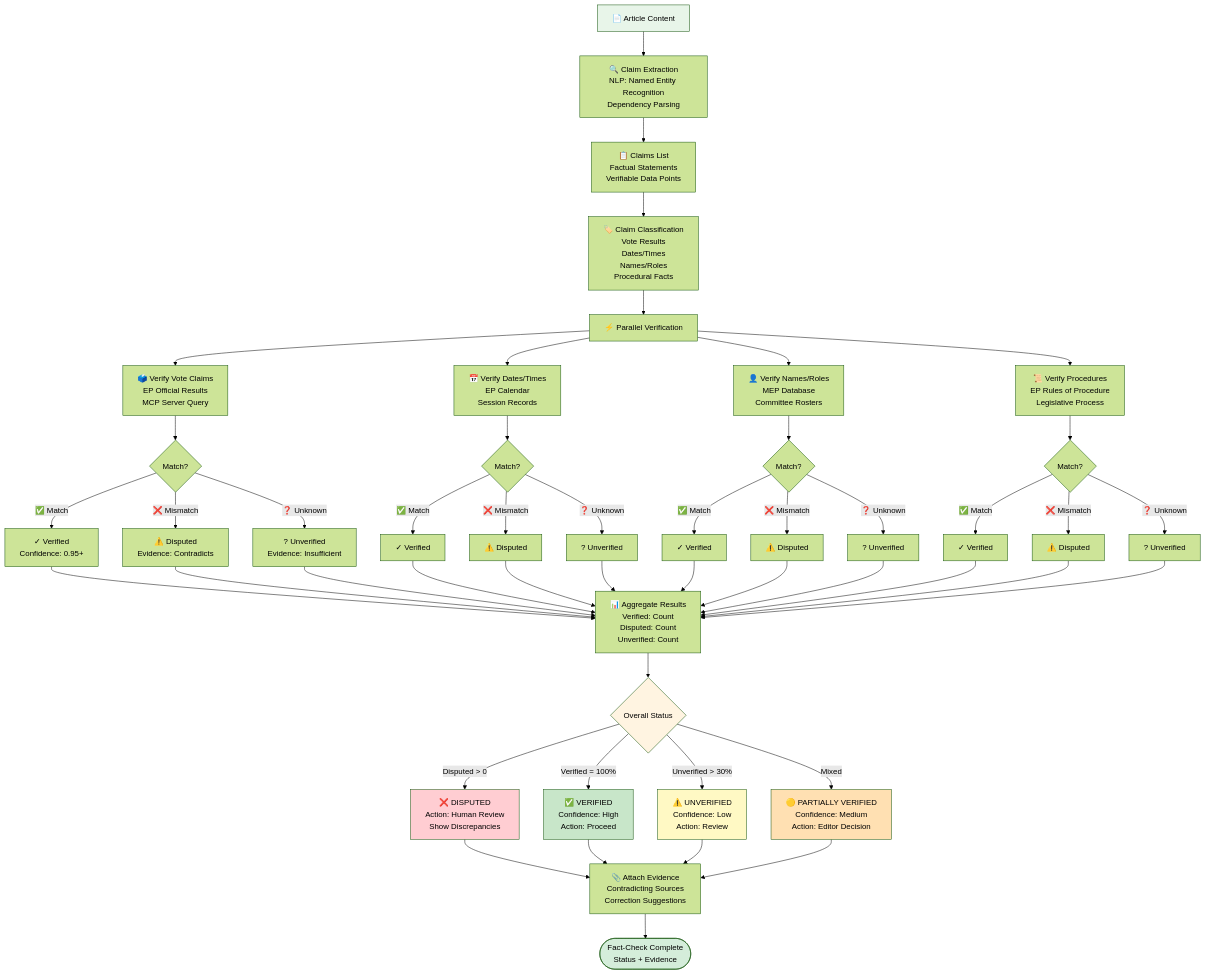
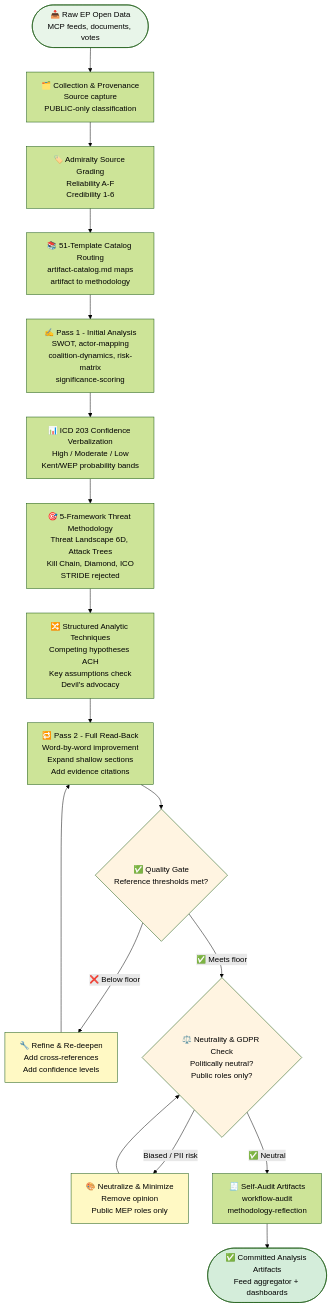
One commit to Hack23/euparliamentmonitor changed the third of 8 diagrams in FUTURE_FLOWCHART.md. Above: the diagram before and after it, drawn with Mermaid (forest theme). The commit also changed other lines of this file and 5 other files, not shown here.

Commit message:
docs: rewrite FUTURE architecture portfolio for v2.0/v3.0 all-in-AWS vision

````diff
--- a/FUTURE_FLOWCHART.md
+++ b/FUTURE_FLOWCHART.md
@@ -350,71 +249,39 @@
 ```mermaid
 flowchart TD
-    Article[📄 Article Content] --> ExtractClaims[🔍 Claim Extraction<br/>NLP: Named Entity Recognition<br/>Dependency Parsing]
+    Raw([📥 Raw EP Open Data<br/>MCP feeds, documents, votes]) --> Collect[🗂️ Collection & Provenance<br/>Source capture<br/>PUBLIC-only classification]
 
-    ExtractClaims --> ClaimsList[📋 Claims List<br/>Factual Statements<br/>Verifiable Data Points]
+    Collect --> Grade[🏷️ Admiralty Source Grading<br/>Reliability A-F<br/>Credibility 1-6]
 
-    ClaimsList --> ClassifyClaims[🏷️ Claim Classification<br/>Vote Results<br/>Dates/Times<br/>Names/Roles<br/>Procedural Facts]
+    Grade --> Template[📚 51-Template Catalog Routing<br/>artifact-catalog.md maps<br/>artifact to methodology]
 
-    ClassifyClaims --> ParallelVerify[⚡ Parallel Verification]
+    Template --> Pass1[✍️ Pass 1 - Initial Analysis<br/>SWOT, actor-mapping<br/>coalition-dynamics, risk-matrix<br/>significance-scoring]
 
-    ParallelVerify --> VerifyVotes[🗳️ Verify Vote Claims<br/>EP Official Results<br/>MCP Server Query]
-    ParallelVerify --> VerifyDates[📅 Verify Dates/Times<br/>EP Calendar<br/>Session Records]
-    ParallelVerify --> VerifyNames[👤 Verify Names/Roles<br/>MEP Database<br/>Committee Rosters]
-    ParallelVerify --> VerifyProcedure[📜 Verify Procedures<br/>EP Rules of Procedure<br/>Legislative Process]
+    Pass1 --> Confidence[📊 ICD 203 Confidence Verbalization<br/>High / Moderate / Low<br/>Kent/WEP probability bands]
 
-    VerifyVotes --> ResultVotes{Match?}
-    VerifyDates --> ResultDates{Match?}
-    VerifyNames --> ResultNames{Match?}
-    VerifyProcedure --> ResultProc{Match?}
+    Confidence --> Threat[🎯 5-Framework Threat Methodology<br/>Threat Landscape 6D, Attack Trees<br/>Kill Chain, Diamond, ICO<br/>STRIDE rejected]
 
-    ResultVotes -->|✅ Match| ConfidenceVotes[✓ Verified<br/>Confidence: 0.95+]
-    ResultVotes -->|❌ Mismatch| DisputedVotes[⚠️ Disputed<br/>Evidence: Contradicts]
-    ResultVotes -->|❓ Unknown| UnverifiedVotes[? Unverified<br/>Evidence: Insufficient]
+    Threat --> ACH[🔀 Structured Analytic Techniques<br/>Competing hypotheses ACH<br/>Key assumptions check<br/>Devil's advocacy]
 
-    ResultDates -->|✅ Match| ConfidenceDates[✓ Verified]
-    ResultDates -->|❌ Mismatch| DisputedDates[⚠️ Disputed]
-    ResultDates -->|❓ Unknown| UnverifiedDates[? Unverified]
+    ACH --> Pass2[🔁 Pass 2 - Full Read-Back<br/>Word-by-word improvement<br/>Expand shallow sections<br/>Add evidence citations]
 
-    ResultNames -->|✅ Match| ConfidenceNames[✓ Verified]
-    ResultNames -->|❌ Mismatch| DisputedNames[⚠️ Disputed]
-    ResultNames -->|❓ Unknown| UnverifiedNames[? Unverified]
+    Pass2 --> Gate{✅ Quality Gate<br/>Reference thresholds met?}
 
-    ResultProc -->|✅ Match| ConfidenceProc[✓ Verified]
-    ResultProc -->|❌ Mismatch| DisputedProc[⚠️ Disputed]
-    ResultProc -->|❓ Unknown| UnverifiedProc[? Unverified]
+    Gate -->|❌ Below floor| Refine[🔧 Refine & Re-deepen<br/>Add cross-references<br/>Add confidence levels]
+    Refine --> Pass2
 
-    ConfidenceVotes --> Aggregate
-    ConfidenceDates --> Aggregate
-    ConfidenceNames --> Aggregate
-    ConfidenceProc --> Aggregate
-    DisputedVotes --> Aggregate
-    DisputedDates --> Aggregate
-    DisputedNames --> Aggregate
-    DisputedProc --> Aggregate
-    UnverifiedVotes --> Aggregate
-    UnverifiedDates --> Aggregate
-    UnverifiedNames --> Aggregate
-    UnverifiedProc --> Aggregate
+    Gate -->|✅ Meets floor| Neutral{⚖️ Neutrality & GDPR Check<br/>Politically neutral?<br/>Public roles only?}
 
-    Aggregate[📊 Aggregate Results<br/>Verified: Count<br/>Disputed: Count<br/>Unverified: Count] --> CalculateStatus{Overall Status}
+    Neutral -->|Biased / PII risk| Adjust[🎨 Neutralize & Minimize<br/>Remove opinion<br/>Public MEP roles only]
+    Adjust --> Neutral
 
-    CalculateStatus -->|Disputed > 0| Disputed[❌ DISPUTED<br/>Action: Human Review<br/>Show Discrepancies]
-    CalculateStatus -->|Verified = 100%| Verified[✅ VERIFIED<br/>Confidence: High<br/>Action: Proceed]
-    CalculateStatus -->|Unverified > 30%| Unverified[⚠️ UNVERIFIED<br/>Confidence: Low<br/>Action: Review]
-    CalculateStatus -->|Mixed| PartiallyVerified[🟡 PARTIALLY VERIFIED<br/>Confidence: Medium<br/>Action: Editor Decision]
+    Neutral -->|✅ Neutral| Audit[🧾 Self-Audit Artifacts<br/>workflow-audit<br/>methodology-reflection]
 
-    Disputed --> AttachEvidence[📎 Attach Evidence<br/>Contradicting Sources<br/>Correction Suggestions]
-    Verified --> AttachEvidence
-    Unverified --> AttachEvidence
-    PartiallyVerified --> AttachEvidence
+    Audit --> Publish([✅ Committed Analysis Artifacts<br/>Feed aggregator + dashboards])
 
-    AttachEvidence --> Complete([Fact-Check Complete<br/>Status + Evidence])
-
-    style Article fill:#e8f5e9
-    style CalculateStatus fill:#fff4e1
-    style Disputed fill:#ffcdd2
-    style Verified fill:#c8e6c9
-    style Unverified fill:#fff9c4
-    style PartiallyVerified fill:#ffe0b2
-    style Complete fill:#d4edda
+    style Raw fill:#e8f5e9
+    style Gate fill:#fff4e1
+    style Neutral fill:#fff4e1
+    style Refine fill:#fff9c4
+    style Adjust fill:#fff9c4
+    style Publish fill:#d4edda
 ```
````
